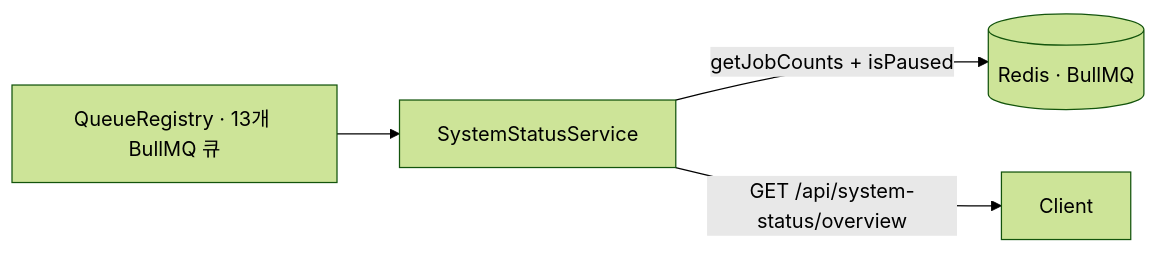
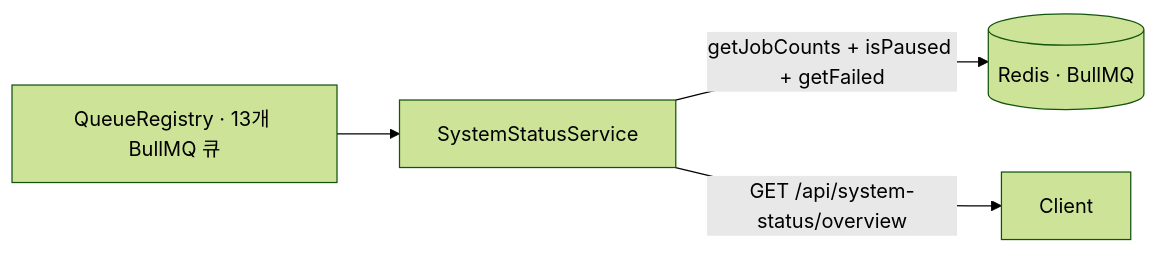
Before and after one commit to worker-ants/clemvion: the fourth of 4 diagrams in spec/data-flow/9-observability.md, drawn with Mermaid (forest theme). The commit also changed other lines of this file and 89 other files, not shown here.

First line of the commit message:
docs(spec): spec↔code 전수 상호 감사 — 역방향 커버리지 + drift 동기화 + data-flow 재구성 (위반 19건 보고) (#516)

````diff
--- a/spec/data-flow/9-observability.md
+++ b/spec/data-flow/9-observability.md
@@ -99,6 +117,6 @@
 ```mermaid
 flowchart LR
   REG[QueueRegistry · 13개 BullMQ 큐] --> SSS[SystemStatusService]
-  SSS -->|getJobCounts + isPaused| REDIS[(Redis · BullMQ)]
+  SSS -->|getJobCounts + isPaused + getFailed| REDIS[(Redis · BullMQ)]
   SSS -->|GET /api/system-status/overview| Client
 ```
````
